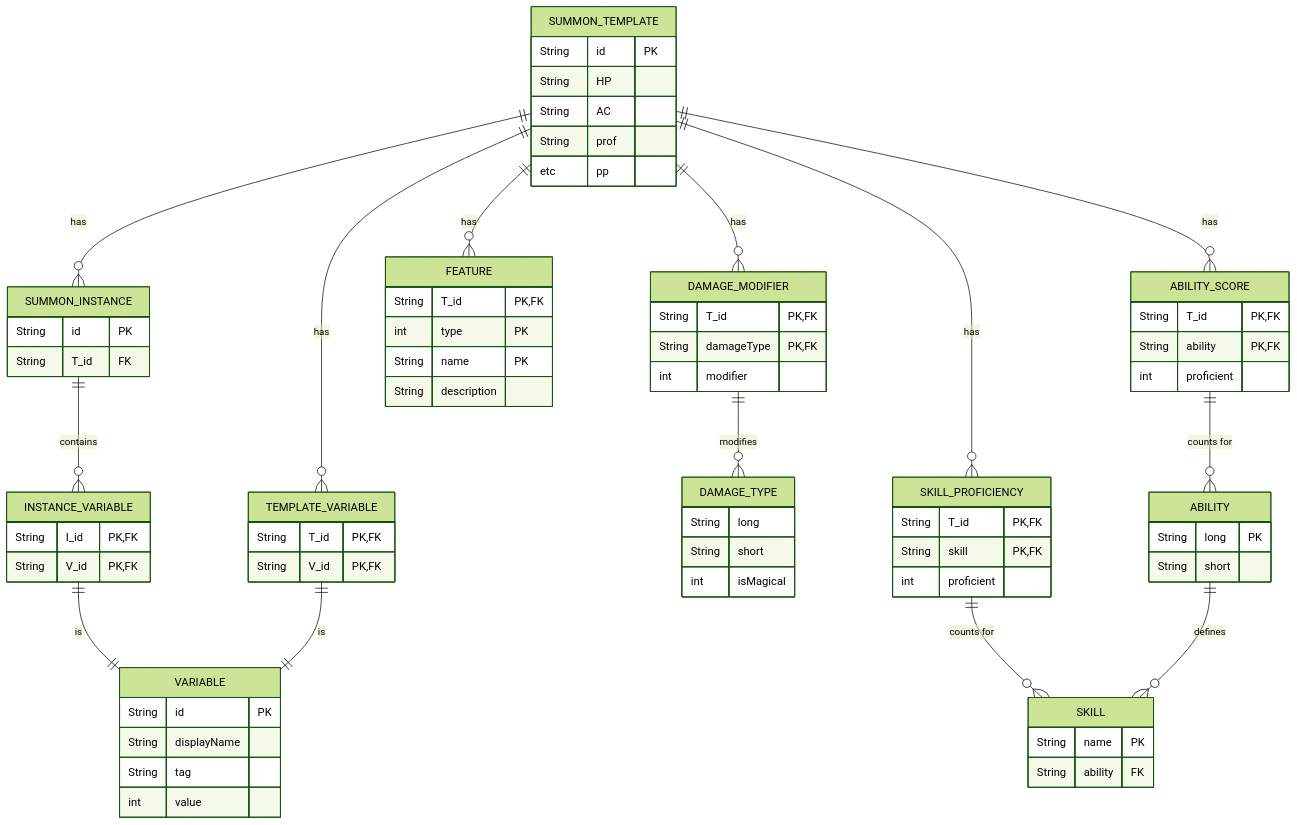
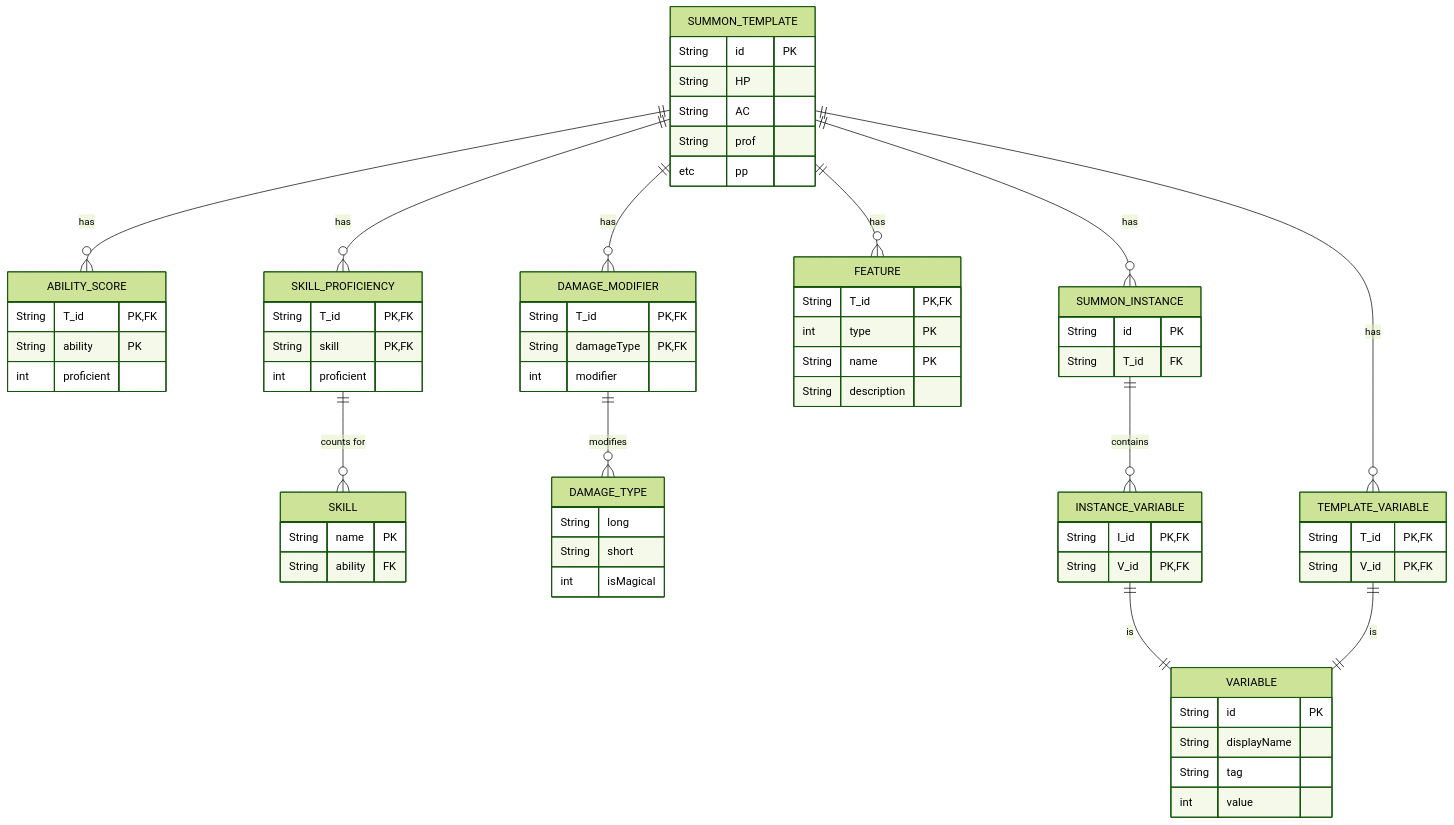
The diagram in docs/mermaid/er_diagram.mmd (TheGreedyGoat/summon_tracker), drawn with Mermaid (forest theme) before and after one commit. The commit also changed 23 other files, not shown here.

```diff
--- a/docs/mermaid/er_diagram.mmd
+++ b/docs/mermaid/er_diagram.mmd
@@ -1,87 +1,87 @@
 erDiagram
 
     SUMMON_TEMPLATE{
         String id PK
         String HP
         String AC
         String prof
         etc pp
     }
 
-    ABILITY{
-        String long PK
-        String short
-    }
+    %% ABILITY{
+    %%     String long PK
+    %%     String short
+    %% }
     ABILITY_SCORE{
         String T_id PK, FK
-        String ability PK, FK
+        String ability PK
         int proficient
     }
 
     SKILL{
         String name PK
         String ability FK
     }
     
     SKILL_PROFICIENCY{
         String T_id PK, FK
         String skill PK, FK
         int proficient
     }
 
     DAMAGE_TYPE{
         String long
         String short
         int isMagical
     }
     DAMAGE_MODIFIER{
         String T_id PK, FK
         String damageType PK,FK
         int modifier
     }
 
 
     FEATURE{
         String T_id PK, FK
         int type PK
         String name PK
         String description
     }
 
     SUMMON_INSTANCE{
         String id PK
         String T_id FK
     }
 
     INSTANCE_VARIABLE{
         String I_id PK,FK
         String V_id PK, FK
     }
 
 
     VARIABLE{
         String id PK
         String displayName
         String tag
         int value
     }
 
     TEMPLATE_VARIABLE{
         String T_id PK, FK
         String V_id PK, FK
 
     }
     SUMMON_TEMPLATE ||--o{ SUMMON_INSTANCE: has
     SUMMON_TEMPLATE ||--o{ TEMPLATE_VARIABLE: has
     SUMMON_TEMPLATE ||--o{ SKILL_PROFICIENCY: has
     SUMMON_TEMPLATE ||--o{ ABILITY_SCORE: has
     SUMMON_TEMPLATE ||--o{ DAMAGE_MODIFIER: has
     SUMMON_TEMPLATE ||--o{ FEATURE: has
-    ABILITY_SCORE ||--o{ ABILITY: "counts for"
+    %% ABILITY_SCORE ||--o{ ABILITY: "counts for"
     SKILL_PROFICIENCY ||--o{ SKILL: "counts for"
-    ABILITY ||--o{ SKILL: "defines"
+    %% ABILITY ||--o{ SKILL: "defines"
     DAMAGE_MODIFIER ||--o{ DAMAGE_TYPE: modifies
 
     SUMMON_INSTANCE ||--o{ INSTANCE_VARIABLE: contains
     INSTANCE_VARIABLE ||--|| VARIABLE : is
     TEMPLATE_VARIABLE ||--|| VARIABLE : is
```
